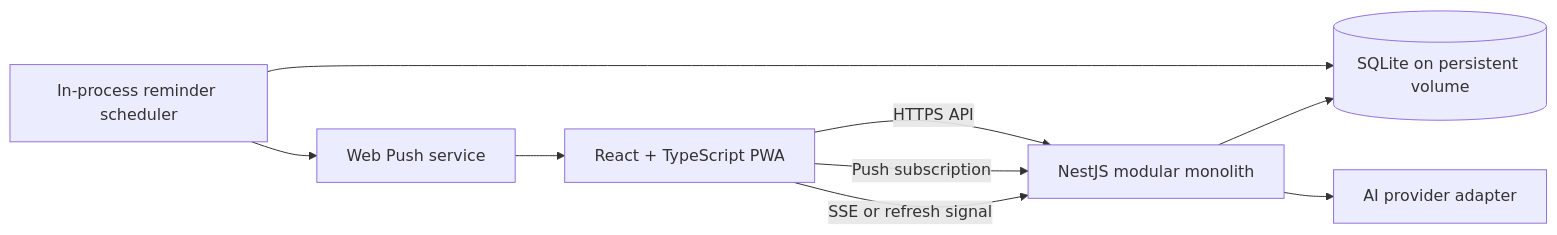
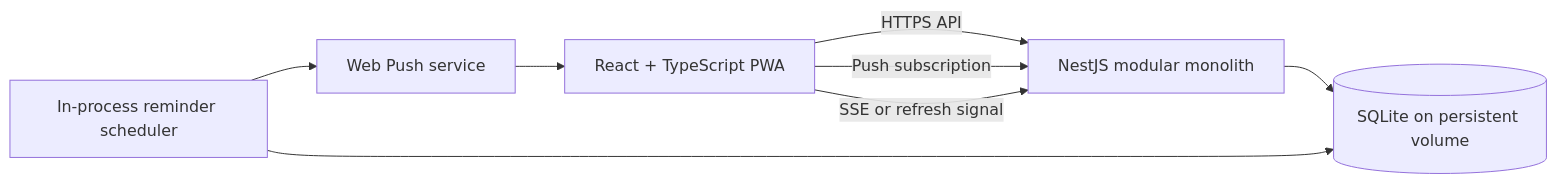
The diagram in docs/architecture/overview.md (rafael-bertoldo/maxlendar), drawn with Mermaid before and after one commit. The commit also changed other lines of this file and 22 other files, not shown here.

````diff
--- a/docs/architecture/overview.md
+++ b/docs/architecture/overview.md
@@ -32,11 +32,10 @@
 ```mermaid
 flowchart LR
   PWA[React + TypeScript PWA] -->|HTTPS API| API[NestJS modular monolith]
   PWA -->|Push subscription| API
   PWA -->|SSE or refresh signal| API
   API --> DB[(SQLite on persistent volume)]
   Scheduler[In-process reminder scheduler] --> DB
   Scheduler --> Push[Web Push service]
-  API --> AI[AI provider adapter]
   Push --> PWA
 ```
````
